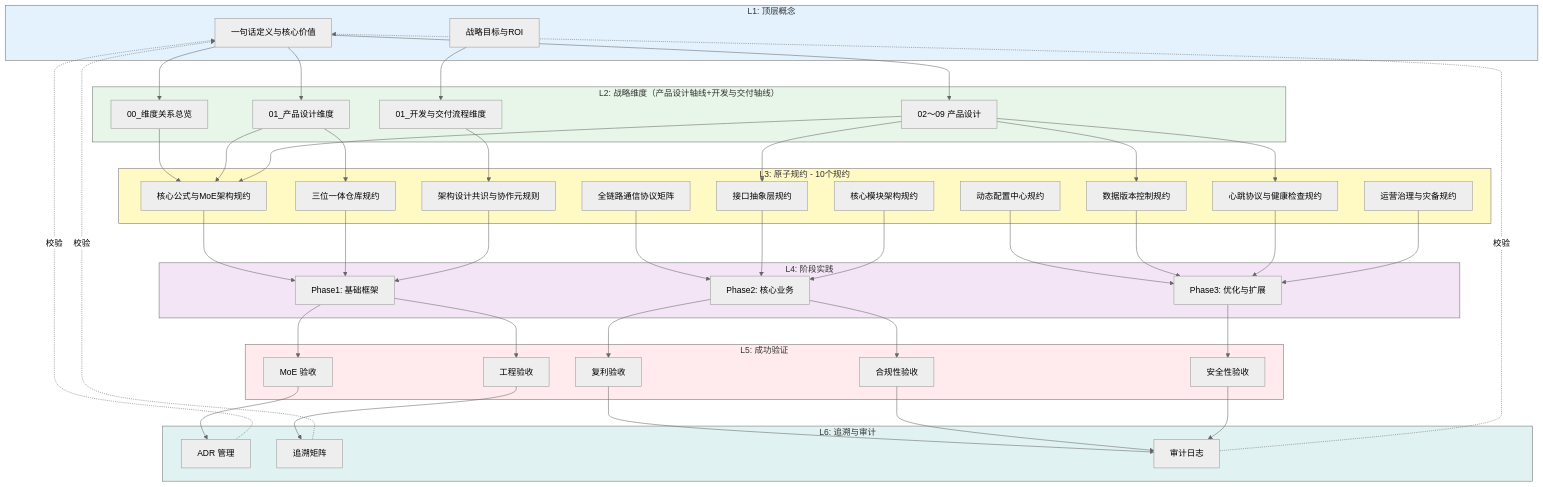
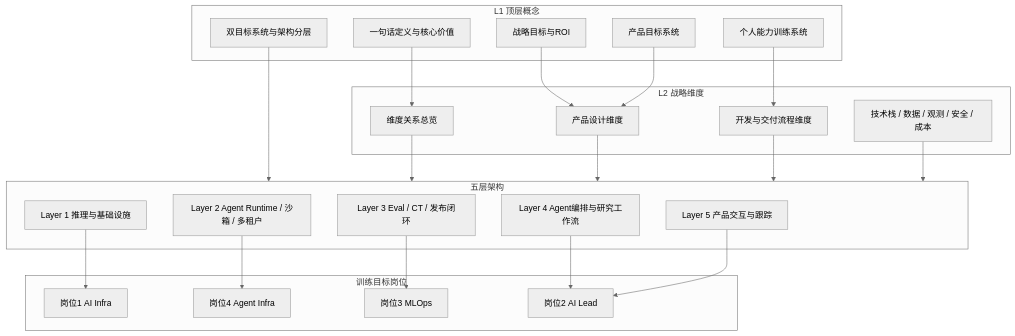
One commit to myxxhui/diting-doc changed the diagram in 00_架构全景图.md. Above: the diagram before and after it, drawn with Mermaid (neutral theme). The commit also changed other lines of this file and 9 other files, not shown here.

````diff
--- a/00_架构全景图.md
+++ b/00_架构全景图.md
@@ -15,95 +19,49 @@
 ```mermaid
 flowchart TB
-    subgraph L1[L1: 顶层概念]
-        L1A[一句话定义与核心价值]
-        L1B[战略目标与ROI]
-    end
-    
-    subgraph L2[L2: 战略维度（产品设计轴线+开发与交付轴线）]
-        L2A[00_维度关系总览]
-        L2B[01_产品设计维度]
-        L2C[02～09 产品设计]
-        L2D[01_开发与交付流程维度]
-    end
-    
-    subgraph L3[L3: 原子规约 - 10个规约]
-        L3A[核心公式与MoE架构规约]
-        L3B[三位一体仓库规约]
-        L3C[架构设计共识与协作元规则]
-        L3D[全链路通信协议矩阵]
-        L3E[接口抽象层规约]
-        L3F[动态配置中心规约]
-        L3G[数据版本控制规约]
-        L3H[心跳协议与健康检查规约]
-        L3I[核心模块架构规约]
-        L3J[运营治理与灾备规约]
-    end
-    
-    subgraph L4[L4: 阶段实践]
-        L4A[Phase1: 基础框架]
-        L4B[Phase2: 核心业务]
-        L4C[Phase3: 优化与扩展]
-    end
-    
-    subgraph L5[L5: 成功验证]
-        L5A[MoE 验收]
-        L5B[工程验收]
-        L5C[复利验收]
-        L5D[合规性验收]
-        L5E[安全性验收]
-    end
-    
-    subgraph L6[L6: 追溯与审计]
-        L6A[ADR 管理]
-        L6B[追溯矩阵]
-        L6C[审计日志]
-    end
-    
-    L1A --> L2A
-    L1A --> L2B
-    L1A --> L2C
-    L1B --> L2D
-    
-    L2A --> L3A
-    L2B --> L3A
-    L2B --> L3B
-    L2C --> L3A
-    L2C --> L3G
-    L2C --> L3H
-    L2C --> L3E
-    L2D --> L3C
-    
-    L3A --> L4A
-    L3B --> L4A
-    L3C --> L4A
-    L3D --> L4B
-    L3E --> L4B
-    L3I --> L4B
-    L3F --> L4C
-    L3G --> L4C
-    L3H --> L4C
-    L3J --> L4C
-    
-    L4A --> L5A
-    L4A --> L5B
-    L4B --> L5C
-    L4B --> L5D
-    L4C --> L5E
-    
-    L5A --> L6A
-    L5B --> L6B
-    L5C --> L6C
-    L5D --> L6C
-    L5E --> L6C
-    
-    L6A -.->|校验| L1A
-    L6B -.->|校验| L1A
-    L6C -.->|校验| L1A
-    
-    style L1 fill:#e3f2fd
-    style L2 fill:#e8f5e9
-    style L3 fill:#fff9c4
-    style L4 fill:#f3e5f5
-    style L5 fill:#ffebee
-    style L6 fill:#e0f2f1
+  subgraph L1[L1 顶层概念]
+    L1A[一句话定义与核心价值]
+    L1B[战略目标与ROI]
+    L1C[双目标系统与架构分层]
+    L1D[产品目标系统]
+    L1E[个人能力训练系统]
+  end
+
+  subgraph L2[L2 战略维度]
+    L2A[维度关系总览]
+    L2B[产品设计维度]
+    L2C[开发与交付流程维度]
+    L2D[技术栈 / 数据 / 观测 / 安全 / 成本]
+  end
+
+  subgraph Runtime[五层架构]
+    R5[Layer 5 产品交互与跟踪]
+    R4[Layer 4 Agent编排与研究工作流]
+    R3[Layer 3 Eval / CT / 发布闭环]
+    R2[Layer 2 Agent Runtime / 沙箱 / 多租户]
+    R1[Layer 1 推理与基础设施]
+  end
+
+  subgraph Jobs[训练目标岗位]
+    J1[岗位1 AI Infra]
+    J2[岗位4 Agent Infra]
+    J3[岗位3 MLOps]
+    J4[岗位2 AI Lead]
+  end
+
+  L1A --> L2A
+  L1B --> L2B
+  L1C --> Runtime
+  L1D --> L2B
+  L1E --> L2C
+
+  L2A --> Runtime
+  L2B --> Runtime
+  L2C --> Runtime
+  L2D --> Runtime
+
+  R1 --> J1
+  R2 --> J2
+  R3 --> J3
+  R4 --> J4
+  R5 --> J4
 ```
````
